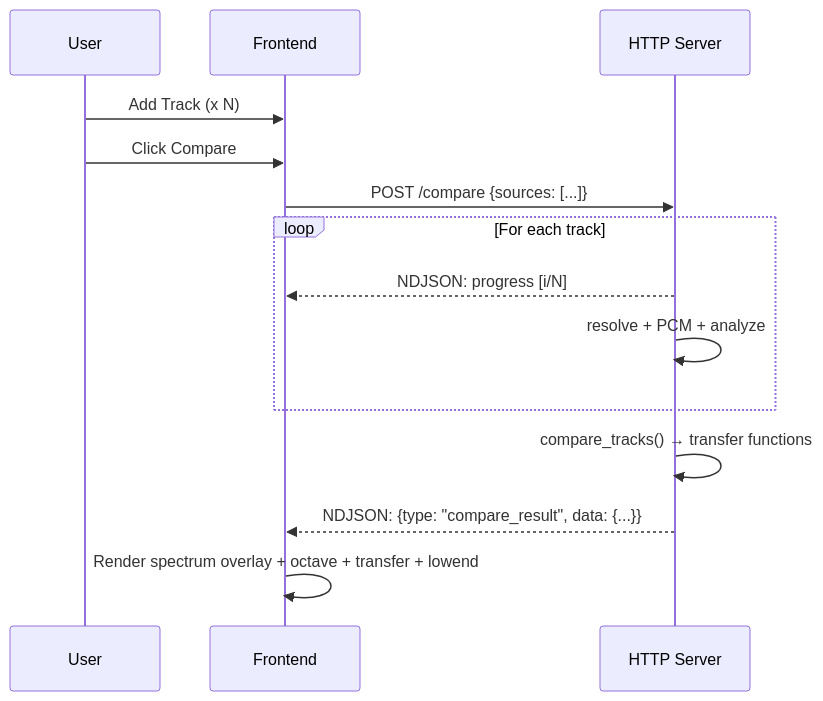
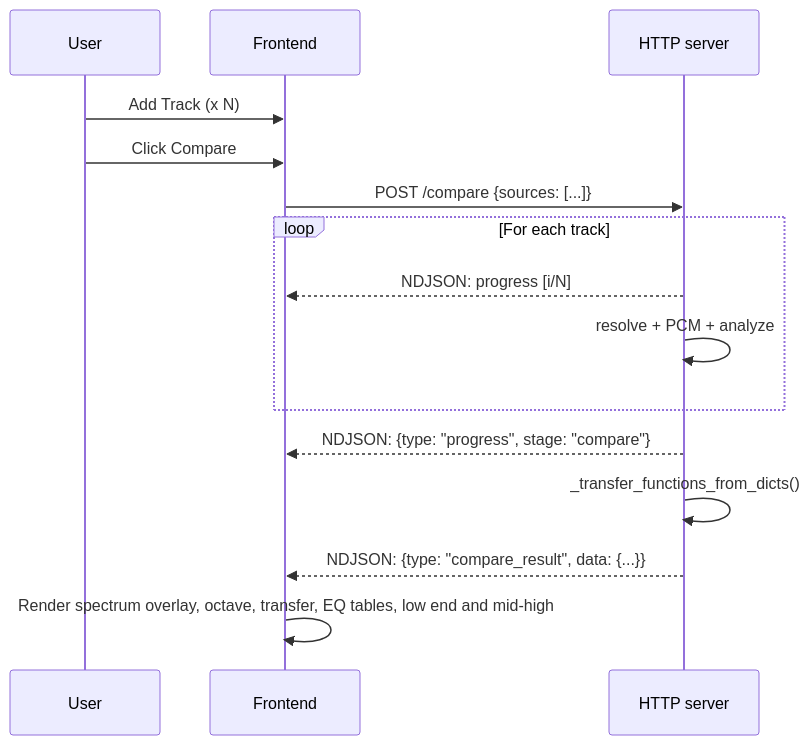
Before and after one commit to semnil/analyze-spectrum: the seventh of 18 diagrams in docs/architecture.md, drawn with Mermaid. The commit also changed other lines of this file and 7 other files, not shown here.

````diff
--- a/docs/architecture.md
+++ b/docs/architecture.md
@@ -187,17 +200,18 @@
 ```mermaid
 sequenceDiagram
     participant U as User
     participant FE as Frontend
-    participant SRV as HTTP Server
+    participant SRV as HTTP server
 
     U->>FE: Add Track (x N)
     U->>FE: Click Compare
     FE->>SRV: POST /compare {sources: [...]}
     loop For each track
         SRV-->>FE: NDJSON: progress [i/N]
         SRV->>SRV: resolve + PCM + analyze
     end
-    SRV->>SRV: compare_tracks() → transfer functions
+    SRV-->>FE: NDJSON: {type: "progress", stage: "compare"}
+    SRV->>SRV: _transfer_functions_from_dicts()
     SRV-->>FE: NDJSON: {type: "compare_result", data: {...}}
-    FE->>FE: Render spectrum overlay + octave + transfer + lowend
+    FE->>FE: Render spectrum overlay, octave, transfer, EQ tables, low end and mid-high
 ```
````
